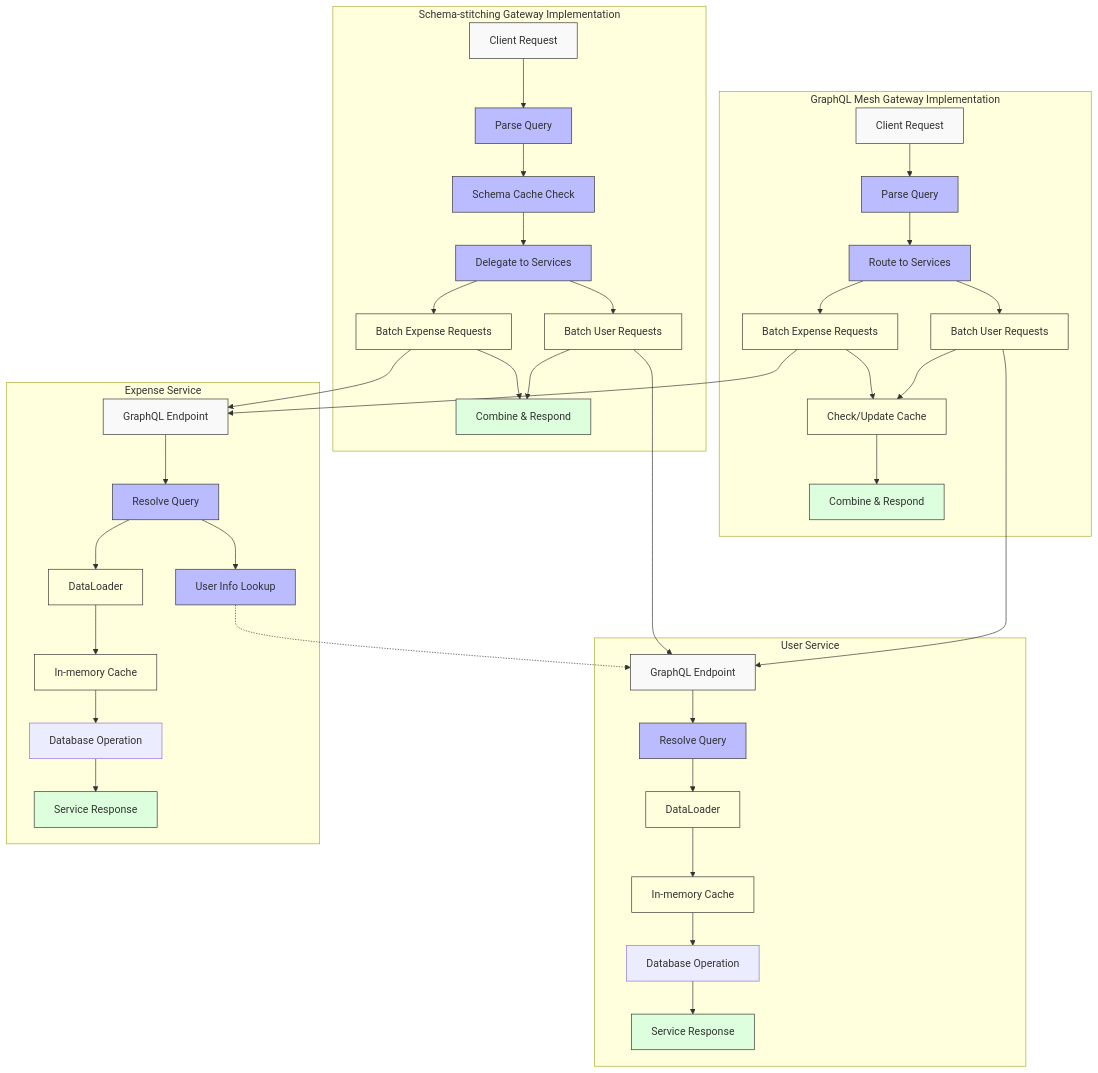
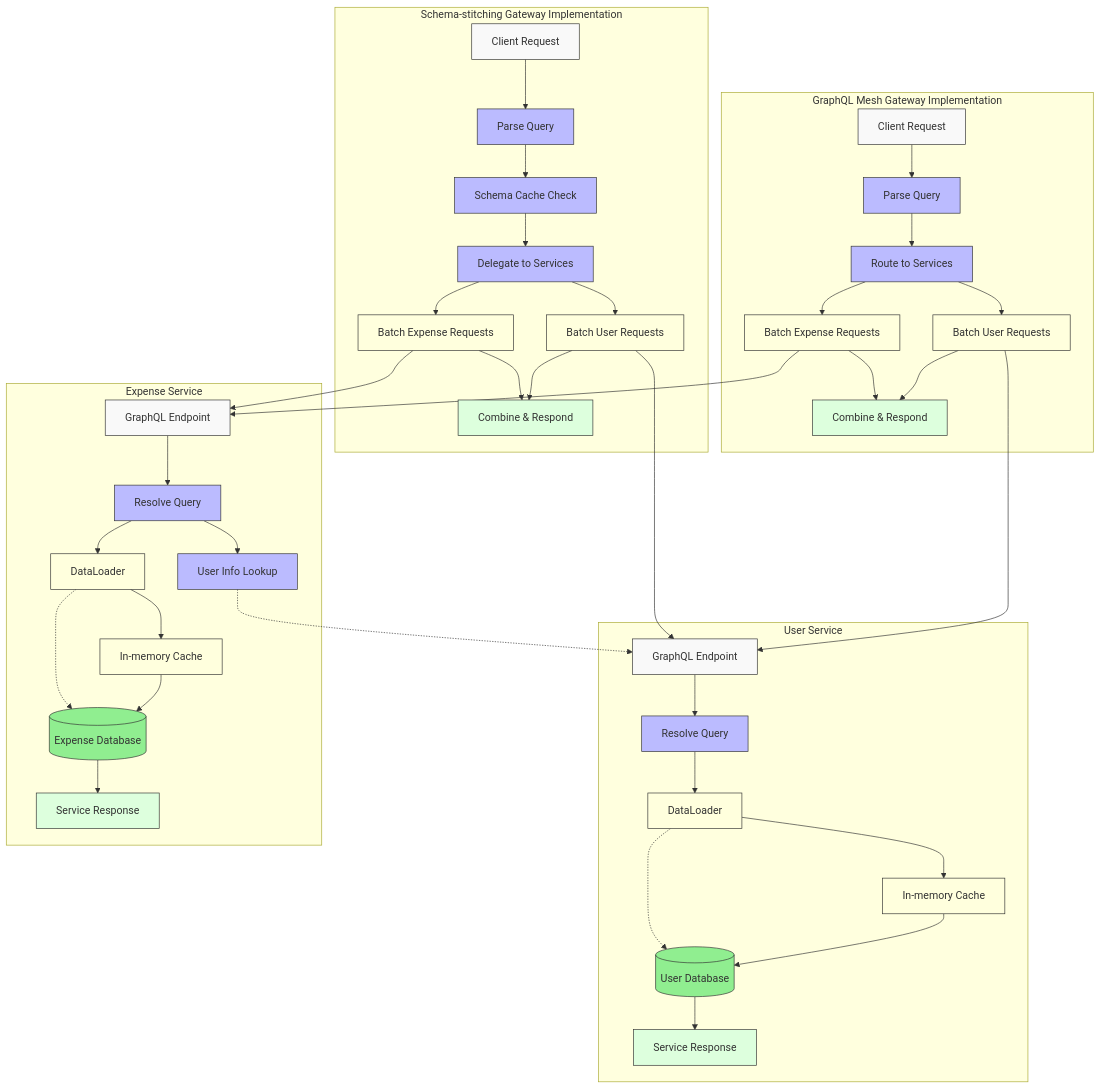
One commit to vinodhj/graphql-gateway-microservices changed the diagram in docs/diagrams/low-level-design.mermaid. Above: the diagram before and after it, drawn with Mermaid. The commit also changed 5 other files, not shown here.

Commit message:
docs diagram updated

```diff
--- a/docs/diagrams/low-level-design.mermaid
+++ b/docs/diagrams/low-level-design.mermaid
@@ -1,89 +1,95 @@
 flowchart TB
     subgraph "GraphQL Mesh Gateway Implementation"
         GM_Request[Client Request]
         GM_Parse[Parse Query]
         GM_Routes[Route to Services]
         GM_BatchUser[Batch User Requests]
         GM_BatchExpense[Batch Expense Requests]
-        GM_Cache[Check/Update Cache]
         GM_Response[Combine & Respond]
     end
     
     subgraph "Schema-stitching Gateway Implementation"
         GS_Request[Client Request]
         GS_Parse[Parse Query]
         GS_SchemaCheck[Schema Cache Check]
         GS_Delegate[Delegate to Services]
         GS_BatchUser[Batch User Requests]
         GS_BatchExpense[Batch Expense Requests]
         GS_Response[Combine & Respond]
     end
     
     subgraph "User Service"
         US_Endpoint[GraphQL Endpoint]
         US_Resolver[Resolve Query]
         US_DL[DataLoader]
         US_Cache[In-memory Cache]
-        US_DB[Database Operation]
+        US_DB[(User Database)]
         US_Response[Service Response]
     end
     
     subgraph "Expense Service"
         ES_Endpoint[GraphQL Endpoint]
         ES_Resolver[Resolve Query]
         ES_DL[DataLoader]
         ES_Cache[In-memory Cache]
-        ES_DB[Database Operation]
+        ES_DB[(Expense Database)]
         ES_UserLookup[User Info Lookup]
         ES_Response[Service Response]
     end
     
     %% GraphQL Mesh flow
     GM_Request --> GM_Parse
     GM_Parse --> GM_Routes
     GM_Routes --> GM_BatchUser
     GM_Routes --> GM_BatchExpense
-    GM_BatchUser --> GM_Cache
-    GM_BatchExpense --> GM_Cache
-    GM_Cache --> GM_Response
+    GM_BatchUser --> GM_Response
+    GM_BatchExpense --> GM_Response
     
     %% Schema-stitching flow
     GS_Request --> GS_Parse
     GS_Parse --> GS_SchemaCheck
     GS_SchemaCheck --> GS_Delegate
     GS_Delegate --> GS_BatchUser
     GS_Delegate --> GS_BatchExpense
     GS_BatchUser --> GS_Response
     GS_BatchExpense --> GS_Response
     
     %% User Service flow
     US_Endpoint --> US_Resolver
     US_Resolver --> US_DL
     US_DL --> US_Cache
     US_Cache --> US_DB
     US_DB --> US_Response
     
+    %% Cache miss path
+    US_DL -.-> US_DB
+    
     %% Expense Service flow
     ES_Endpoint --> ES_Resolver
     ES_Resolver --> ES_DL
     ES_DL --> ES_Cache
     ES_Cache --> ES_DB
     ES_Resolver --> ES_UserLookup
     ES_UserLookup -.-> US_Endpoint
     ES_DB --> ES_Response
+    
+    %% Cache miss path
+    ES_DL -.-> ES_DB
     
     %% Gateway to Service connections
     GM_BatchUser --> US_Endpoint
     GM_BatchExpense --> ES_Endpoint
     GS_BatchUser --> US_Endpoint
     GS_BatchExpense --> ES_Endpoint
     
     classDef request fill:#f9f9f9,stroke:#333,stroke-width:1px
     classDef process fill:#bbf,stroke:#333,stroke-width:1px
     classDef optimization fill:#ffd,stroke:#333,stroke-width:1px
     classDef response fill:#dfd,stroke:#333,stroke-width:1px
+    classDef database fill:#90ee90,stroke:#333,stroke-width:1px
     
     class GM_Request,GS_Request,US_Endpoint,ES_Endpoint request
     class GM_Parse,GM_Routes,GS_Parse,GS_SchemaCheck,GS_Delegate,US_Resolver,ES_Resolver,ES_UserLookup process
-    class GM_BatchUser,GM_BatchExpense,GM_Cache,GS_BatchUser,GS_BatchExpense,US_DL,US_Cache,ES_DL,ES_Cache optimization
+    class GM_BatchUser,GM_BatchExpense,GS_BatchUser,GS_BatchExpense,US_DL,US_Cache,ES_DL,ES_Cache optimization
     class GM_Response,GS_Response,US_Response,ES_Response response
+    class US_DB,ES_DB database
```
